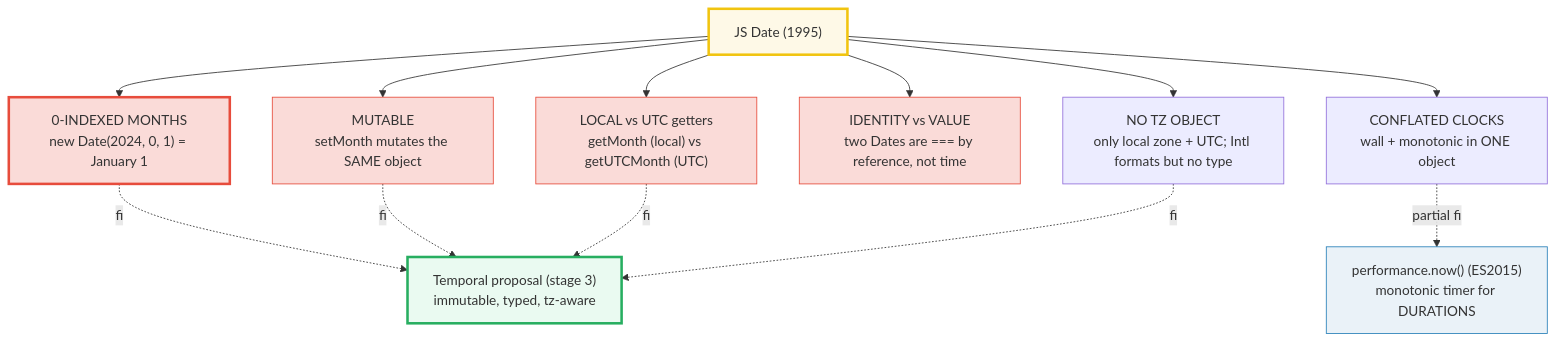
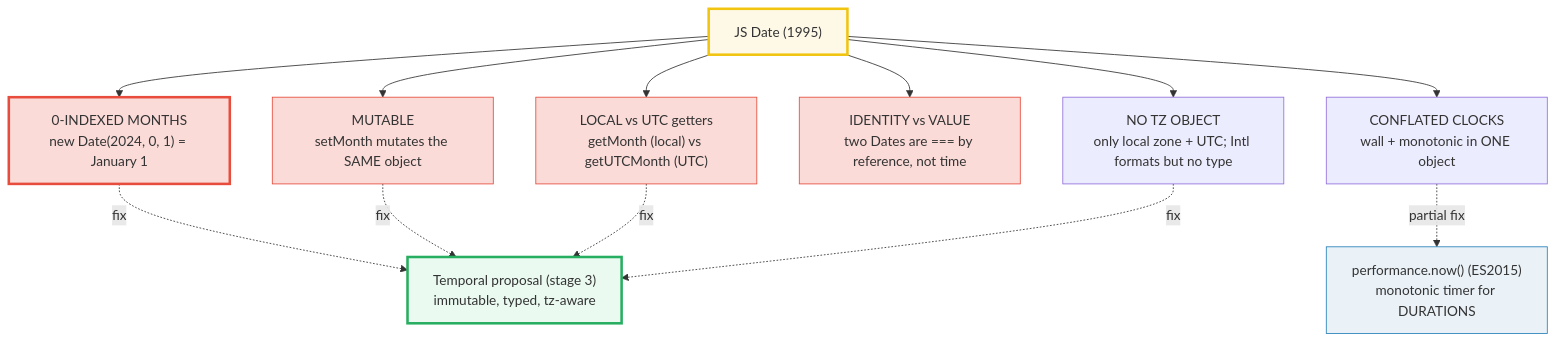
The first of 3 diagrams in ts/DATE_TIME.md (quanhua92/tutorials), drawn with Mermaid before and after one commit. The commit also changed 74 other files, not shown here.

First line of the commit message:
fix(mermaid): fix all 11 mmdc-verified broken diagrams across 72 files

````diff
--- a/ts/DATE_TIME.md
+++ b/ts/DATE_TIME.md
@@ -37,21 +37,21 @@
 ```mermaid
 graph TD
     D["JS Date (1995)"] --> G1["0-INDEXED MONTHS<br/>new Date(2024, 0, 1) = January 1"]
     D --> G2["MUTABLE<br/>setMonth mutates the SAME object"]
     D --> G3["LOCAL vs UTC getters<br/>getMonth (local) vs getUTCMonth (UTC)"]
     D --> G4["IDENTITY vs VALUE<br/>two Dates are === by reference, not time"]
     D --> G5["NO TZ OBJECT<br/>only local zone + UTC; Intl formats but no type"]
     D --> G6["CONFLATED CLOCKS<br/>wall + monotonic in ONE object"]
-    G1 -.fix.-> T["Temporal proposal (stage 3)<br/>immutable, typed, tz-aware"]
-    G2 -.fix.-> T
-    G3 -.fix.-> T
-    G5 -.fix.-> T
-    G6 -.partial fix.-> P["performance.now() (ES2015)<br/>monotonic timer for DURATIONS"]
+    G1 -.->|fix| T["Temporal proposal (stage 3)<br/>immutable, typed, tz-aware"]
+    G2 -.->|fix| T
+    G3 -.->|fix| T
+    G5 -.->|fix| T
+    G6 -.->|partial fix| P["performance.now() (ES2015)<br/>monotonic timer for DURATIONS"]
     style G1 fill:#fadbd8,stroke:#e74c3c,stroke-width:3px
     style G2 fill:#fadbd8,stroke:#e74c3c
     style G3 fill:#fadbd8,stroke:#e74c3c
     style G4 fill:#fadbd8,stroke:#e74c3c
     style D fill:#fef9e7,stroke:#f1c40f,stroke-width:3px
     style T fill:#eafaf1,stroke:#27ae60,stroke-width:3px
     style P fill:#eaf2f8,stroke:#2980b9
 ```
````
